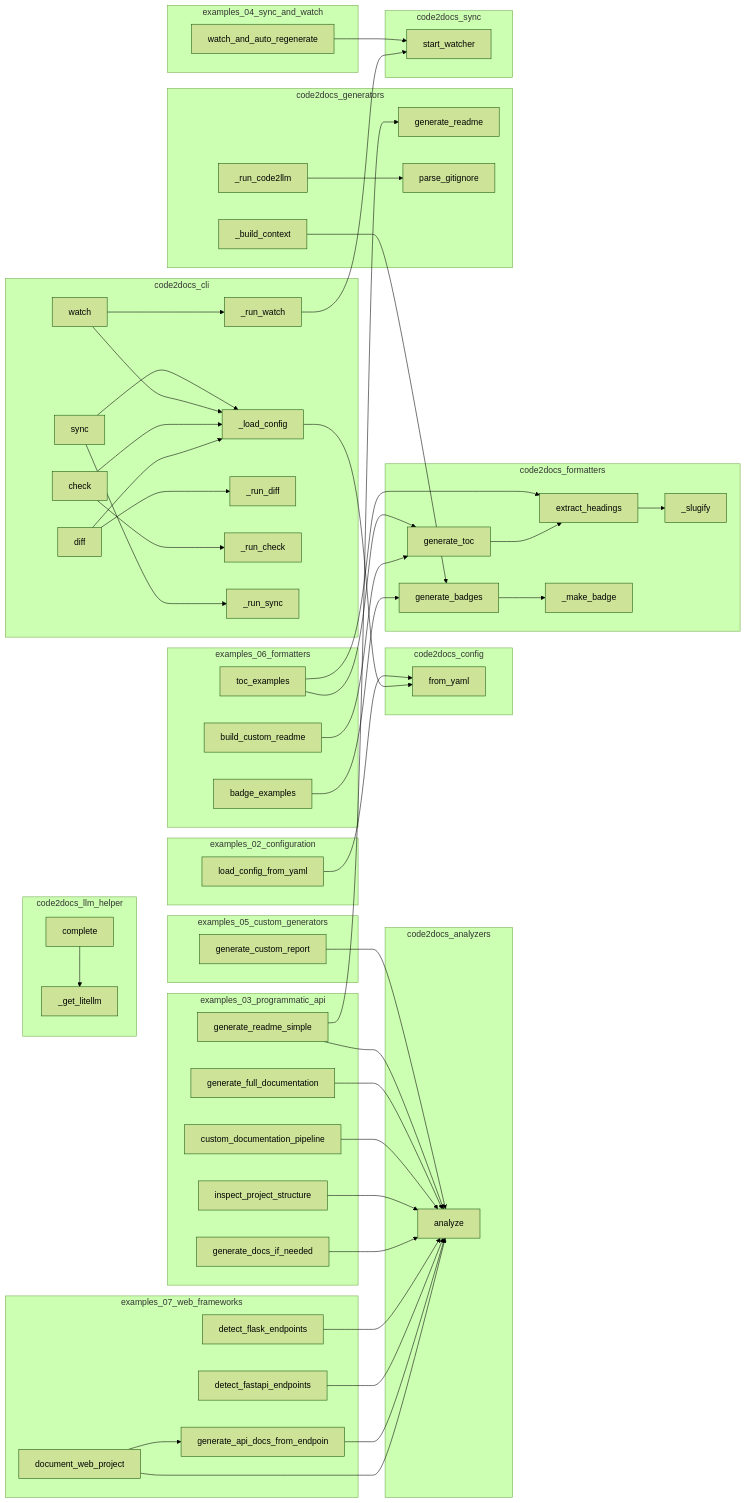
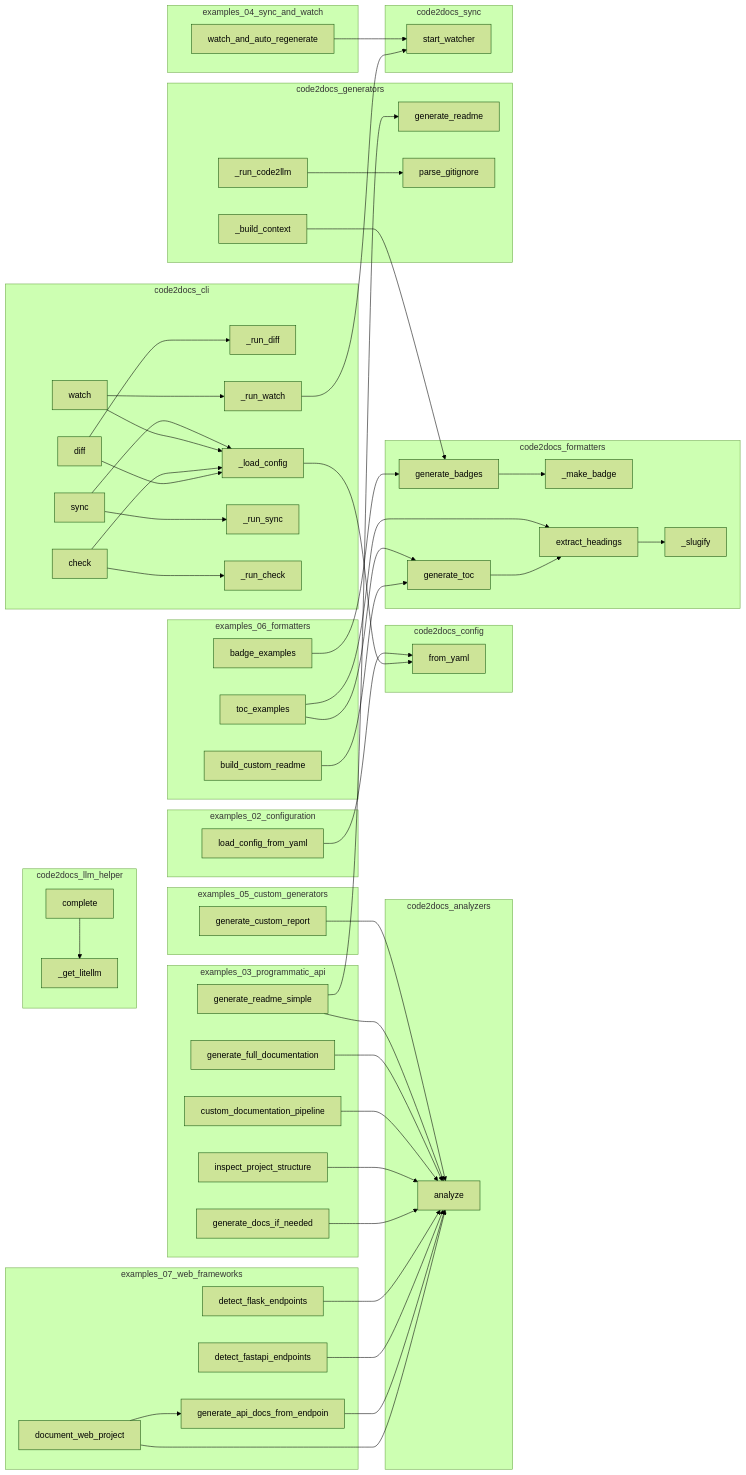
The diagram in project/calls.mmd (semcod/code2docs), drawn with Mermaid (forest theme) before and after one commit. The commit also changed other lines of this file and 15 other files, not shown here.

```diff
--- a/project/calls.mmd
+++ b/project/calls.mmd
@@ -1,99 +1,99 @@
 flowchart LR
     subgraph code2docs_analyzers
         code2docs__analyze["analyze"]
     end
     subgraph code2docs_cli
+        code2docs__cli__watch["watch"]
+        code2docs__cli___run_diff["_run_diff"]
+        code2docs__cli___load_config["_load_config"]
+        code2docs__cli__sync["sync"]
+        code2docs__cli___run_watch["_run_watch"]
+        code2docs__cli___run_sync["_run_sync"]
+        code2docs__cli__diff["diff"]
+        code2docs__cli___run_check["_run_check"]
         code2docs__cli__check["check"]
-        code2docs__cli___load_config["_load_config"]
-        code2docs__cli___run_watch["_run_watch"]
-        code2docs__cli__watch["watch"]
-        code2docs__cli__diff["diff"]
-        code2docs__cli___run_diff["_run_diff"]
-        code2docs__cli___run_check["_run_check"]
-        code2docs__cli___run_sync["_run_sync"]
-        code2docs__cli__sync["sync"]
     end
     subgraph code2docs_config
         code2docs__config__Code2DocsConfig__from_yaml["from_yaml"]
     end
     subgraph code2docs_formatters
+        code2docs__formatters__toc__generate_toc["generate_toc"]
         code2docs__formatters__badges__generate_badges["generate_badges"]
+        code2docs__formatters__badges___make_badge["_make_badge"]
+        code2docs__formatters__toc__extract_headings["extract_headings"]
         code2docs__formatters__toc___slugify["_slugify"]
-        code2docs__formatters__toc__extract_headings["extract_headings"]
-        code2docs__formatters__toc__generate_toc["generate_toc"]
-        code2docs__formatters__badges___make_badge["_make_badge"]
     end
     subgraph code2docs_generators
-        code2docs___build_context["_build_context"]
         code2docs__generators__readme_gen__generate_readme["generate_readme"]
         code2docs__parse_gitignore["parse_gitignore"]
+        code2docs___build_context["_build_context"]
         code2docs___run_code2llm["_run_code2llm"]
     end
     subgraph code2docs_llm_helper
+        code2docs__llm_helper__LLMHelper__complete["complete"]
         code2docs__llm_helper___get_litellm["_get_litellm"]
-        code2docs__llm_helper__LLMHelper__complete["complete"]
     end
     subgraph code2docs_sync
         code2docs__sync__watcher__start_watcher["start_watcher"]
     end
     subgraph examples_02_configuration
         examples__02_configuration__load_config_from_yaml["load_config_from_yaml"]
     end
     subgraph examples_03_programmatic_api
         examples__generate_readme_simple["generate_readme_simple"]
+        examples__inspect_project_structure["inspect_project_structure"]
         examples__custom_documentation_pipeline["custom_documentation_pipeline"]
+        examples__generate_full_documentation["generate_full_documentation"]
         examples__generate_docs_if_needed["generate_docs_if_needed"]
-        examples__inspect_project_structure["inspect_project_structure"]
-        examples__generate_full_documentation["generate_full_documentation"]
     end
     subgraph examples_04_sync_and_watch
         examples__watch_and_auto_regenerate["watch_and_auto_regenerate"]
     end
     subgraph examples_05_custom_generators
         examples__generate_custom_report["generate_custom_report"]
     end
     subgraph examples_06_formatters
+        examples__06_formatters__toc_examples["toc_examples"]
         examples__06_formatters__badge_examples["badge_examples"]
-        examples__06_formatters__toc_examples["toc_examples"]
         examples__06_formatters__build_custom_readme["build_custom_readme"]
     end
     subgraph examples_07_web_frameworks
-        examples__generate_api_docs_from_endpoints["generate_api_docs_from_endpoin"]
+        examples__07_web_frameworks__document_web_project["document_web_project"]
         examples__detect_fastapi_endpoints["detect_fastapi_endpoints"]
         examples__detect_flask_endpoints["detect_flask_endpoints"]
-        examples__07_web_frameworks__document_web_project["document_web_project"]
+        examples__generate_api_docs_from_endpoints["generate_api_docs_from_endpoin"]
     end
     code2docs__llm_helper__LLMHelper__complete --> code2docs__llm_helper___get_litellm
     examples__watch_and_auto_regenerate --> code2docs__sync__watcher__start_watcher
     examples__generate_custom_report --> code2docs__analyze
     examples__06_formatters__badge_examples --> code2docs__formatters__badges__generate_badges
     examples__06_formatters__toc_examples --> code2docs__formatters__toc__generate_toc
     examples__06_formatters__toc_examples --> code2docs__formatters__toc__extract_headings
     examples__06_formatters__build_custom_readme --> code2docs__formatters__toc__generate_toc
     examples__generate_readme_simple --> code2docs__analyze
     examples__generate_readme_simple --> code2docs__generators__readme_gen__generate_readme
     examples__generate_full_documentation --> code2docs__analyze
     examples__custom_documentation_pipeline --> code2docs__analyze
     examples__inspect_project_structure --> code2docs__analyze
     examples__generate_docs_if_needed --> code2docs__analyze
     examples__detect_flask_endpoints --> code2docs__analyze
     examples__detect_fastapi_endpoints --> code2docs__analyze
     examples__generate_api_docs_from_endpoints --> code2docs__analyze
     examples__07_web_frameworks__document_web_project --> code2docs__analyze
     examples__07_web_frameworks__document_web_project --> examples__generate_api_docs_from_endpoints
     examples__02_configuration__load_config_from_yaml --> code2docs__config__Code2DocsConfig__from_yaml
     code2docs__formatters__badges__generate_badges --> code2docs__formatters__badges___make_badge
     code2docs__formatters__toc__generate_toc --> code2docs__formatters__toc__extract_headings
     code2docs__formatters__toc__extract_headings --> code2docs__formatters__toc___slugify
+    code2docs___run_code2llm --> code2docs__parse_gitignore
     code2docs___build_context --> code2docs__formatters__badges__generate_badges
-    code2docs___run_code2llm --> code2docs__parse_gitignore
     code2docs__cli__sync --> code2docs__cli___load_config
     code2docs__cli__sync --> code2docs__cli___run_sync
     code2docs__cli__watch --> code2docs__cli___load_config
     code2docs__cli__watch --> code2docs__cli___run_watch
     code2docs__cli__check --> code2docs__cli___load_config
     code2docs__cli__check --> code2docs__cli___run_check
     code2docs__cli__diff --> code2docs__cli___load_config
     code2docs__cli__diff --> code2docs__cli___run_diff
     code2docs__cli___load_config --> code2docs__config__Code2DocsConfig__from_yaml
     code2docs__cli___run_watch --> code2docs__sync__watcher__start_watcher
```
